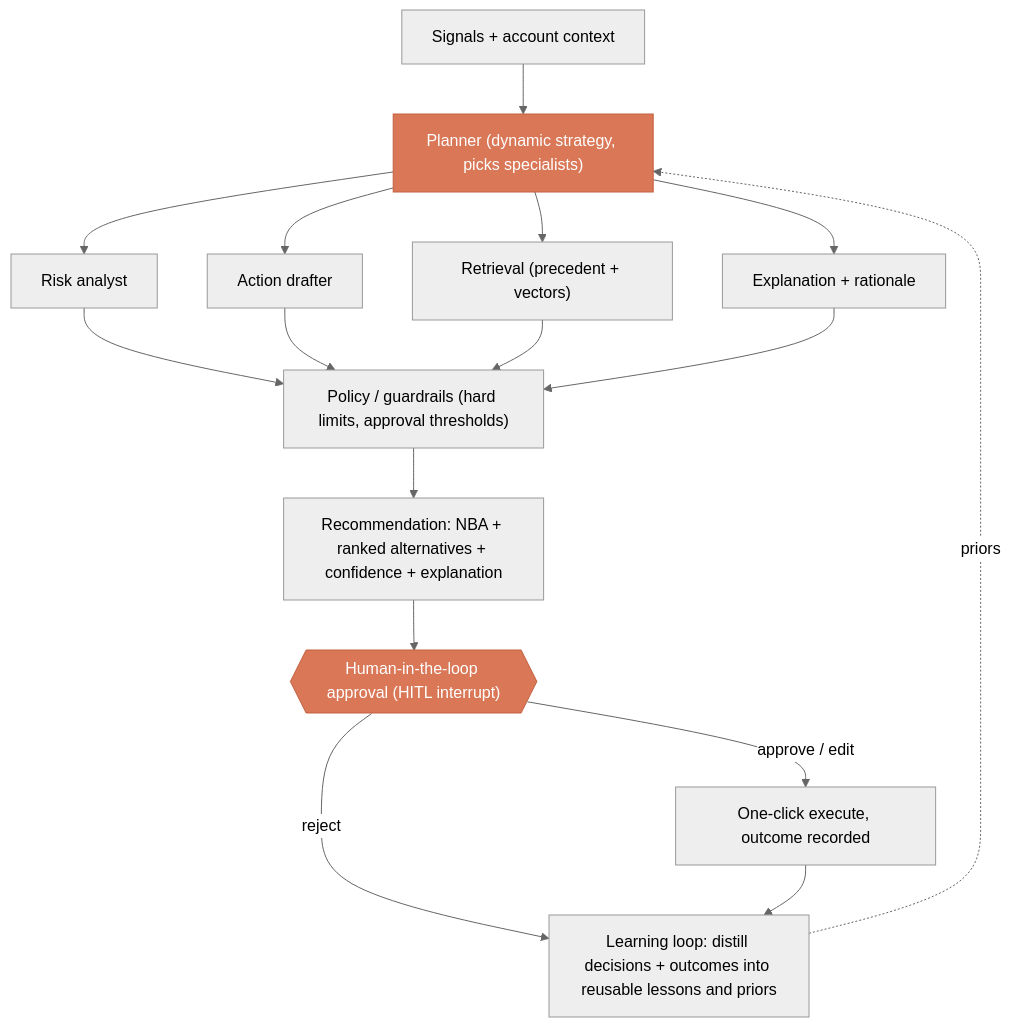
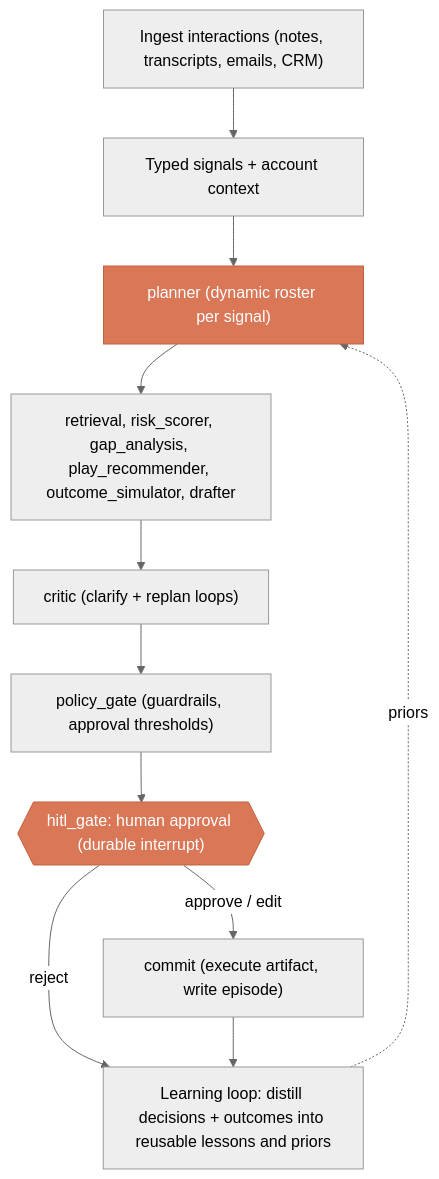
One commit to rnihesh/xlventures-hack changed the diagram in README.md. Above: the diagram before and after it, drawn with Mermaid (neutral theme). The commit also changed other lines of this file and 7 other files, not shown here.

````diff
--- a/README.md
+++ b/README.md
@@ -15,20 +15,15 @@
 ```mermaid
 flowchart TB
-  SIG["Signals + account context"] --> PLAN["Planner (dynamic strategy, picks specialists)"]
-  PLAN --> RISK["Risk analyst"]
-  PLAN --> DRAFT["Action drafter"]
-  PLAN --> RET["Retrieval (precedent + vectors)"]
-  PLAN --> EXP["Explanation + rationale"]
-  RISK --> POL["Policy / guardrails (hard limits, approval thresholds)"]
-  DRAFT --> POL
-  RET --> POL
-  EXP --> POL
-  POL --> REC["Recommendation: NBA + ranked alternatives + confidence + explanation"]
-  REC --> HITL{{"Human-in-the-loop approval (HITL interrupt)"}}
-  HITL -->|approve / edit| EXEC["One-click execute, outcome recorded"]
+  ING["Ingest interactions (notes, transcripts, emails, CRM)"] --> SIG["Typed signals + account context"]
+  SIG --> PLAN["planner (dynamic roster per signal)"]
+  PLAN --> SPEC["retrieval, risk_scorer, gap_analysis, play_recommender, outcome_simulator, drafter"]
+  SPEC --> CRIT["critic (clarify + replan loops)"]
+  CRIT --> POL["policy_gate (guardrails, approval thresholds)"]
+  POL --> HITL{{"hitl_gate: human approval (durable interrupt)"}}
+  HITL -->|approve / edit| COMMIT["commit (execute artifact, write episode)"]
   HITL -->|reject| LEARN
-  EXEC --> LEARN["Learning loop: distill decisions + outcomes into reusable lessons and priors"]
+  COMMIT --> LEARN["Learning loop: distill decisions + outcomes into reusable lessons and priors"]
   LEARN -. priors .-> PLAN
   classDef accent fill:#D97757,stroke:#C2613F,color:#ffffff
   class PLAN,HITL accent
 ```
````
